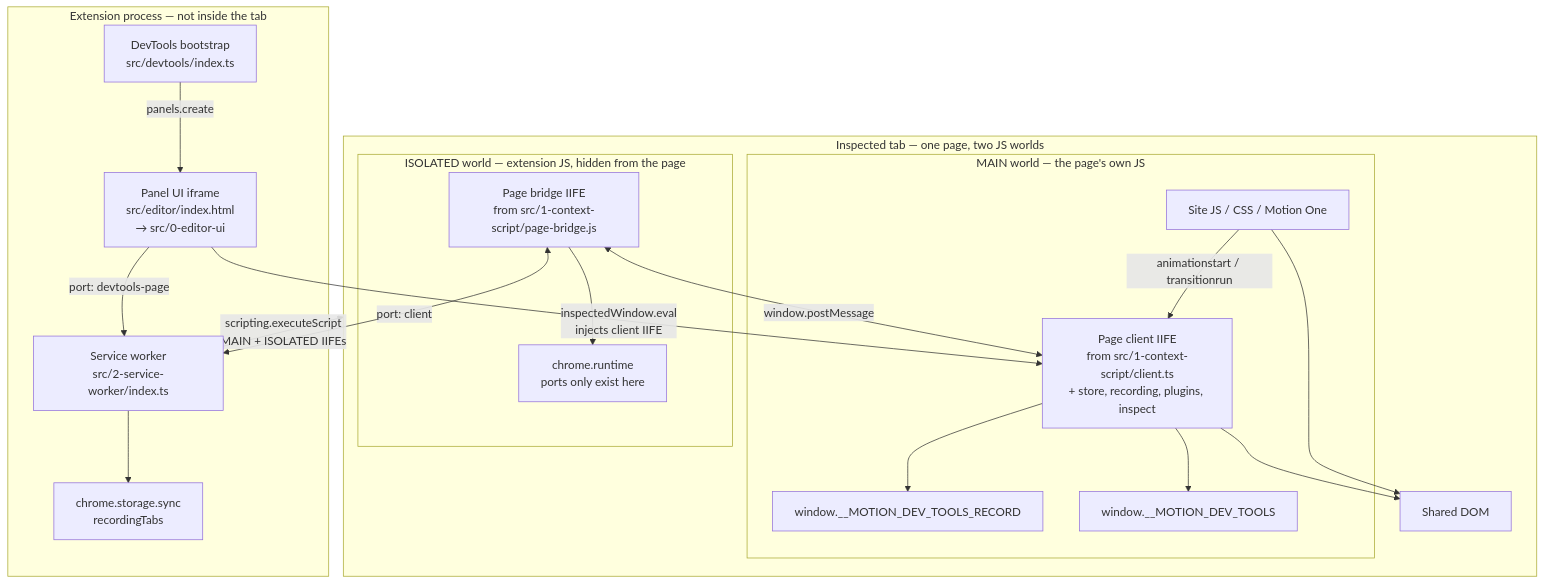
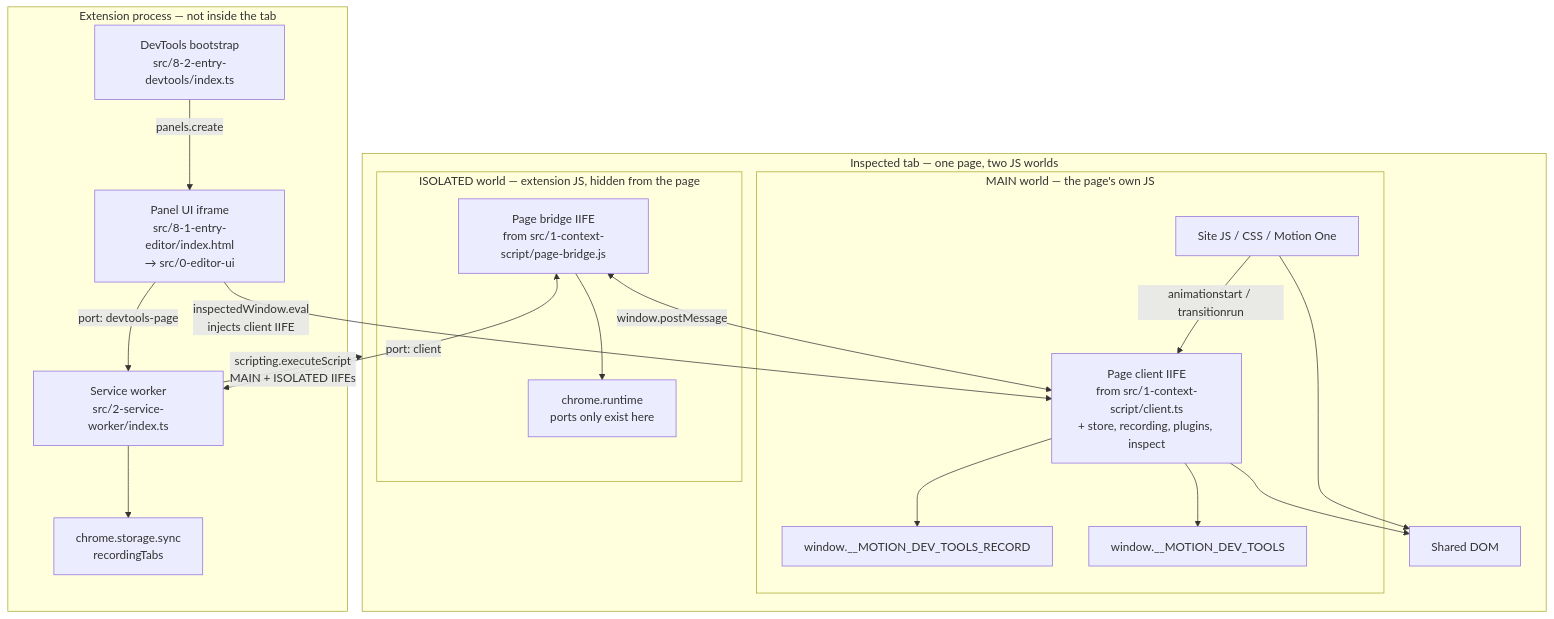
The first of 5 diagrams in assets/docs/2026.09.12.26, 1, page_animation_inject.md (maxzz/transitions-chrome), drawn with Mermaid before and after one commit. The commit also changed other lines of this file and 27 other files, not shown here.

````diff
--- a/assets/docs/2026.09.12.26, 1, page_animation_inject.md
+++ b/assets/docs/2026.09.12.26, 1, page_animation_inject.md
@@ -232,39 +232,39 @@
 ```mermaid
 flowchart TB
   subgraph InspectedTab["Inspected tab — one page, two JS worlds"]
     subgraph MainWorld["MAIN world — the page's own JS"]
       SiteJS["Site JS / CSS / Motion One"]
       Client["Page client IIFE<br/>from src/1-context-script/client.ts<br/>+ store, recording, plugins, inspect"]
       Hook["window.__MOTION_DEV_TOOLS_RECORD"]
       Flags["window.__MOTION_DEV_TOOLS"]
       SiteJS -->|"animationstart / transitionrun"| Client
       Client --> Hook
       Client --> Flags
     end
 
     subgraph IsolatedWorld["ISOLATED world — extension JS, hidden from the page"]
       Bridge["Page bridge IIFE<br/>from src/1-context-script/page-bridge.js"]
       ChromeAPI["chrome.runtime<br/>ports only exist here"]
       Bridge --> ChromeAPI
     end
 
     DOM["Shared DOM"]
     SiteJS --> DOM
     Client --> DOM
   end
 
   subgraph ExtProcess["Extension process — not inside the tab"]
     SW["Service worker<br/>src/2-service-worker/index.ts"]
-    DT["DevTools bootstrap<br/>src/devtools/index.ts"]
-    Editor["Panel UI iframe<br/>src/editor/index.html<br/>→ src/0-editor-ui"]
+    DT["DevTools bootstrap<br/>src/8-2-entry-devtools/index.ts"]
+    Editor["Panel UI iframe<br/>src/8-1-entry-editor/index.html<br/>→ src/0-editor-ui"]
     Storage["chrome.storage.sync<br/>recordingTabs"]
     DT -->|"panels.create"| Editor
     Editor -->|"port: devtools-page"| SW
     SW --> Storage
   end
 
   Bridge <-->|"window.postMessage"| Client
   Bridge <-->|"port: client"| SW
   Editor -->|"inspectedWindow.eval<br/>injects client IIFE"| Client
   SW -->|"scripting.executeScript<br/>MAIN + ISOLATED IIFEs"| InspectedTab
 ```
````
